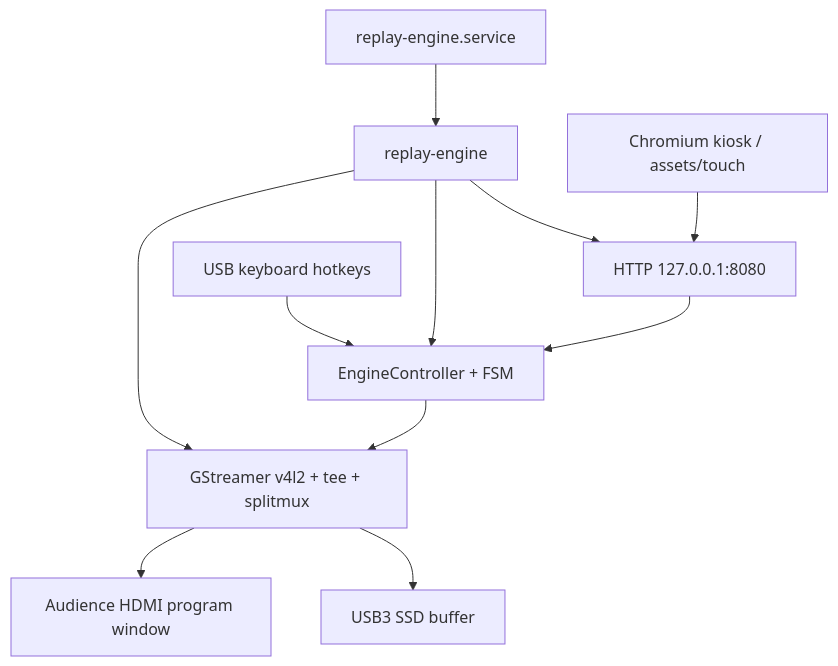
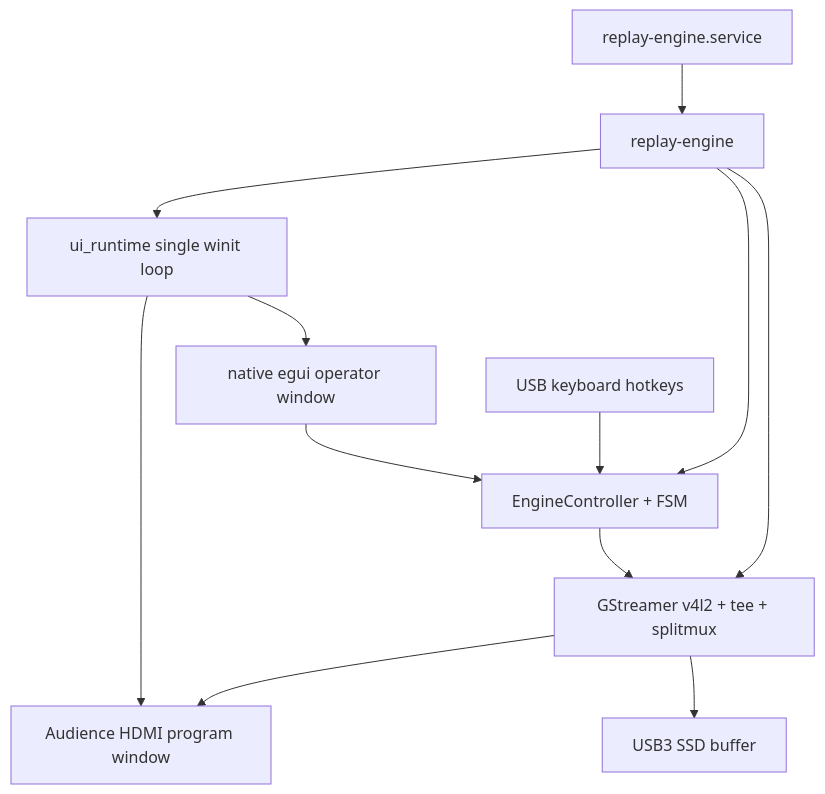
One commit to madgunman/InstaReplayPi changed the diagram in docs/ARCHITECTURE.md. Above: the diagram before and after it, drawn with Mermaid. The commit also changed other lines of this file and 35 other files, not shown here.

First line of the commit message:
Release v0.2.0: native egui operator UI on Pi touch display.

````diff
--- a/docs/ARCHITECTURE.md
+++ b/docs/ARCHITECTURE.md
@@ -5,23 +5,24 @@
 ```mermaid
 flowchart TB
   systemd[replay-engine.service]
   daemon[replay-engine]
   gst[GStreamer v4l2 + tee + splitmux]
   ctrl[EngineController + FSM]
-  http[HTTP 127.0.0.1:8080]
-  touch[Chromium kiosk / assets/touch]
+  uiThread[ui_runtime single winit loop]
+  opWin[native egui operator window]
   kb[USB keyboard hotkeys]
   hdmi[Audience HDMI program window]
   ssd[USB3 SSD buffer]
 
   systemd --> daemon
   daemon --> gst
   daemon --> ctrl
   ctrl --> gst
   gst --> hdmi
   gst --> ssd
   kb --> ctrl
-  touch --> http
-  http --> ctrl
-  daemon --> http
+  opWin --> ctrl
+  daemon --> uiThread
+  uiThread --> opWin
+  uiThread --> hdmi
 ```
````
